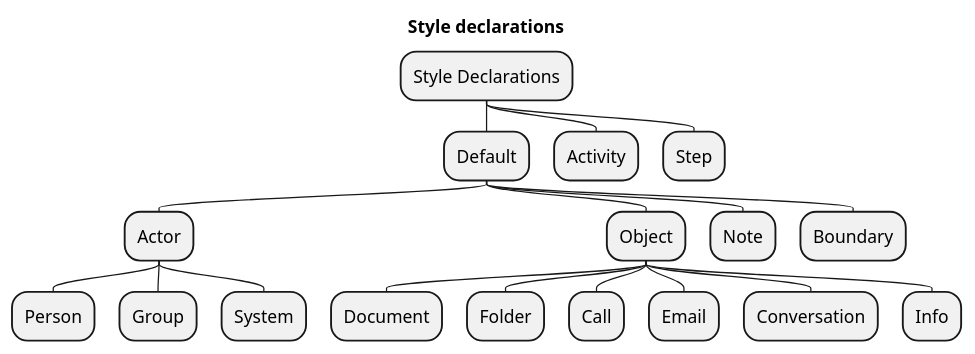
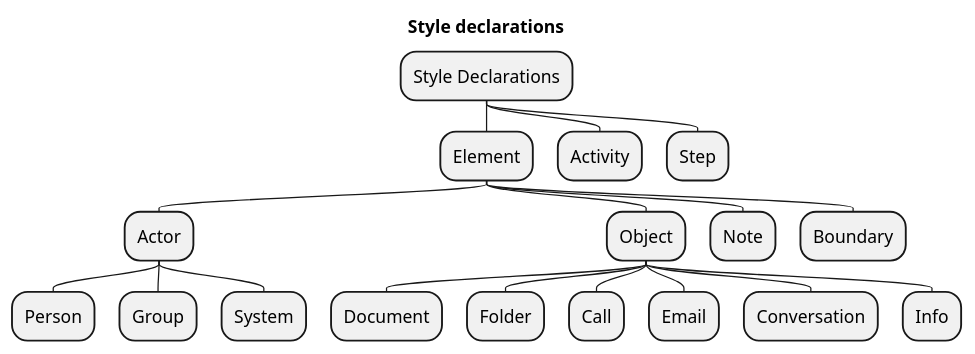
The diagram in docs/puml/stylePropertyHierarchy.puml (johthor/DomainStory-PlantUML), drawn with PlantUML before and after one commit. The commit also changed 21 other files, not shown here.

```diff
--- a/docs/puml/stylePropertyHierarchy.puml
+++ b/docs/puml/stylePropertyHierarchy.puml
@@ -1,23 +1,23 @@
 @startmindmap
 top to bottom direction
 
 title Style declarations
 
 * Style Declarations
-** Default
+** Element
 *** Actor
 **** Person
 **** Group
 **** System
 *** Object
 **** Document
 **** Folder
 **** Call
 **** Email
 **** Conversation
 **** Info
 *** Note
 *** Boundary
 ** Activity
 ** Step
 @endmindmap
```
